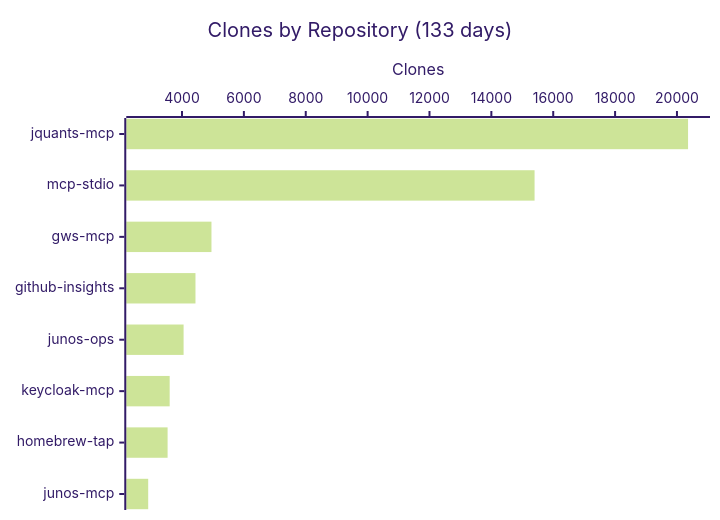
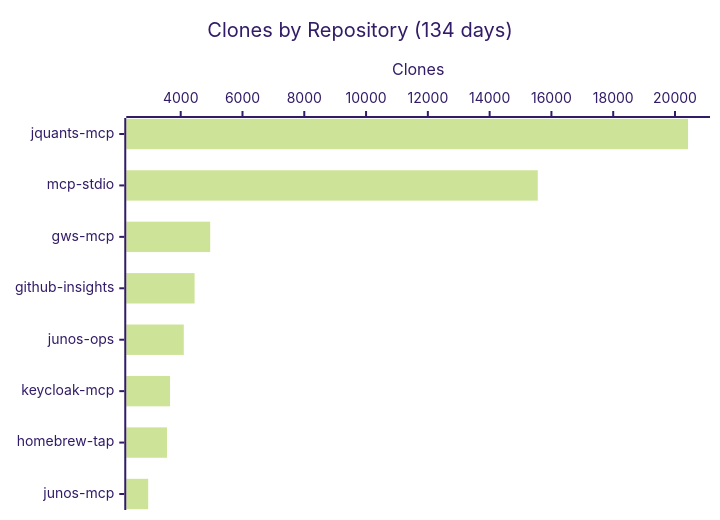
Before and after one commit to shigechika/github-insights: the fourth of 4 diagrams in README.md, drawn with Mermaid (forest theme). The commit also changed other lines of this file and 2 other files, not shown here.

````diff
--- a/README.md
+++ b/README.md
@@ -58,7 +58,7 @@
 ```mermaid
 xychart-beta horizontal
-    title "Clones by Repository (133 days)"
+    title "Clones by Repository (134 days)"
     x-axis ["jquants-mcp", "mcp-stdio", "gws-mcp", "github-insights", "junos-ops", "keycloak-mcp", "homebrew-tap", "junos-mcp"]
     y-axis "Clones"
-    bar [20359, 15397, 4952, 4435, 4051, 3601, 3534, 2907]
+    bar [20423, 15558, 4955, 4449, 4100, 3655, 3556, 2948]
 ```
````
